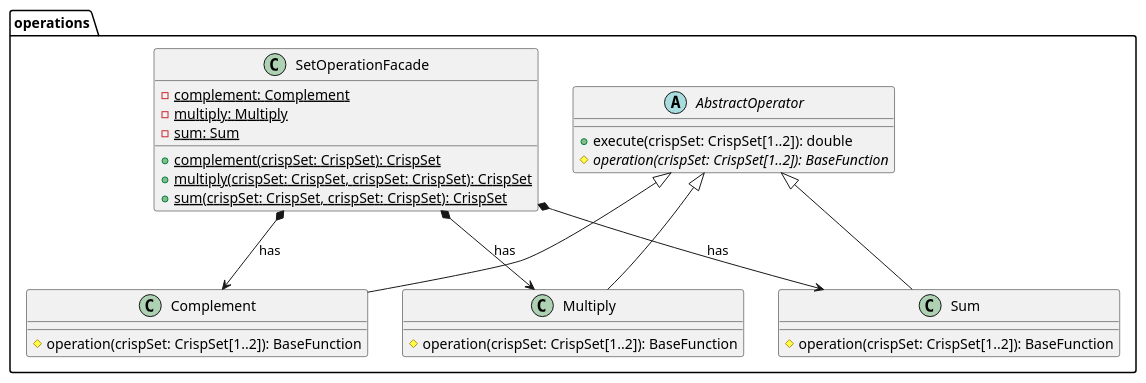
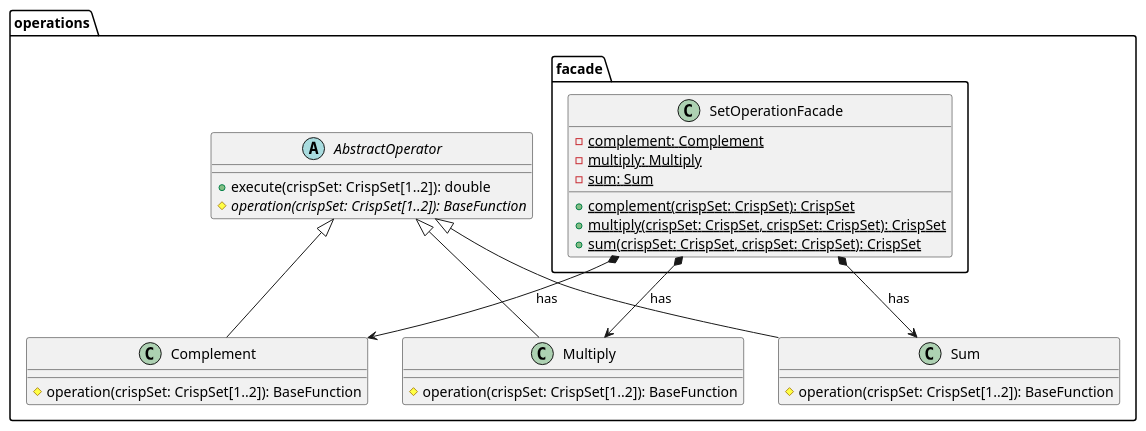
One commit to kambed/Computer-Recognition-Systems changed the fifth of 8 diagrams in task2/README.md. Above: the diagram before and after it, drawn with PlantUML. The commit also changed other lines of this file, not shown here.

````diff
--- a/task2/README.md
+++ b/task2/README.md
@@ -155,29 +170,30 @@
 ```plantuml
 package operations {
+    package facade {
+        class SetOperationFacade {
+            - {static} complement: Complement
+            - {static} multiply: Multiply
+            - {static} sum: Sum
+            + {static} complement(crispSet: CrispSet): CrispSet
+            + {static} multiply(crispSet: CrispSet, crispSet: CrispSet): CrispSet
+            + {static} sum(crispSet: CrispSet, crispSet: CrispSet): CrispSet
+        }
+    }
     abstract class AbstractOperator {
         + execute(crispSet: CrispSet[1..2]): double
         # {abstract} operation(crispSet: CrispSet[1..2]): BaseFunction
     }
     class Complement extends AbstractOperator {
         # operation(crispSet: CrispSet[1..2]): BaseFunction
     }
     class Multiply extends AbstractOperator {
         # operation(crispSet: CrispSet[1..2]): BaseFunction
     }
     class Sum extends AbstractOperator {
         # operation(crispSet: CrispSet[1..2]): BaseFunction
     }
-    
-    class SetOperationFacade {
-        - {static} complement: Complement
-        - {static} multiply: Multiply
-        - {static} sum: Sum
-        + {static} complement(crispSet: CrispSet): CrispSet
-        + {static} multiply(crispSet: CrispSet, crispSet: CrispSet): CrispSet
-        + {static} sum(crispSet: CrispSet, crispSet: CrispSet): CrispSet
-    }
     SetOperationFacade *--> Complement: has
     SetOperationFacade *--> Multiply: has
     SetOperationFacade *--> Sum: has
 }
 ```
````
